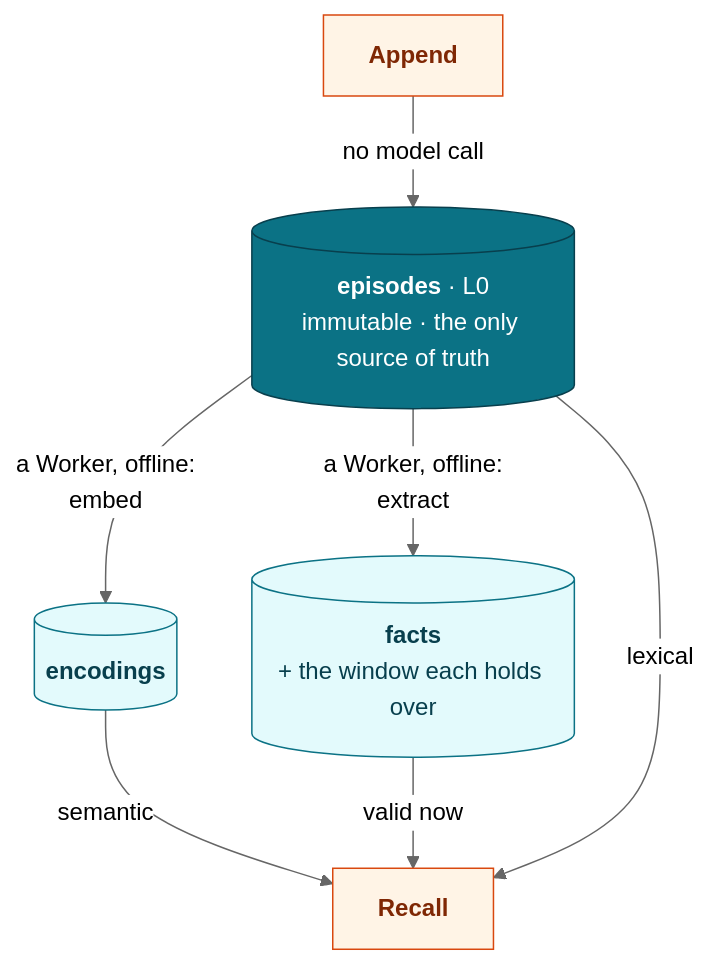
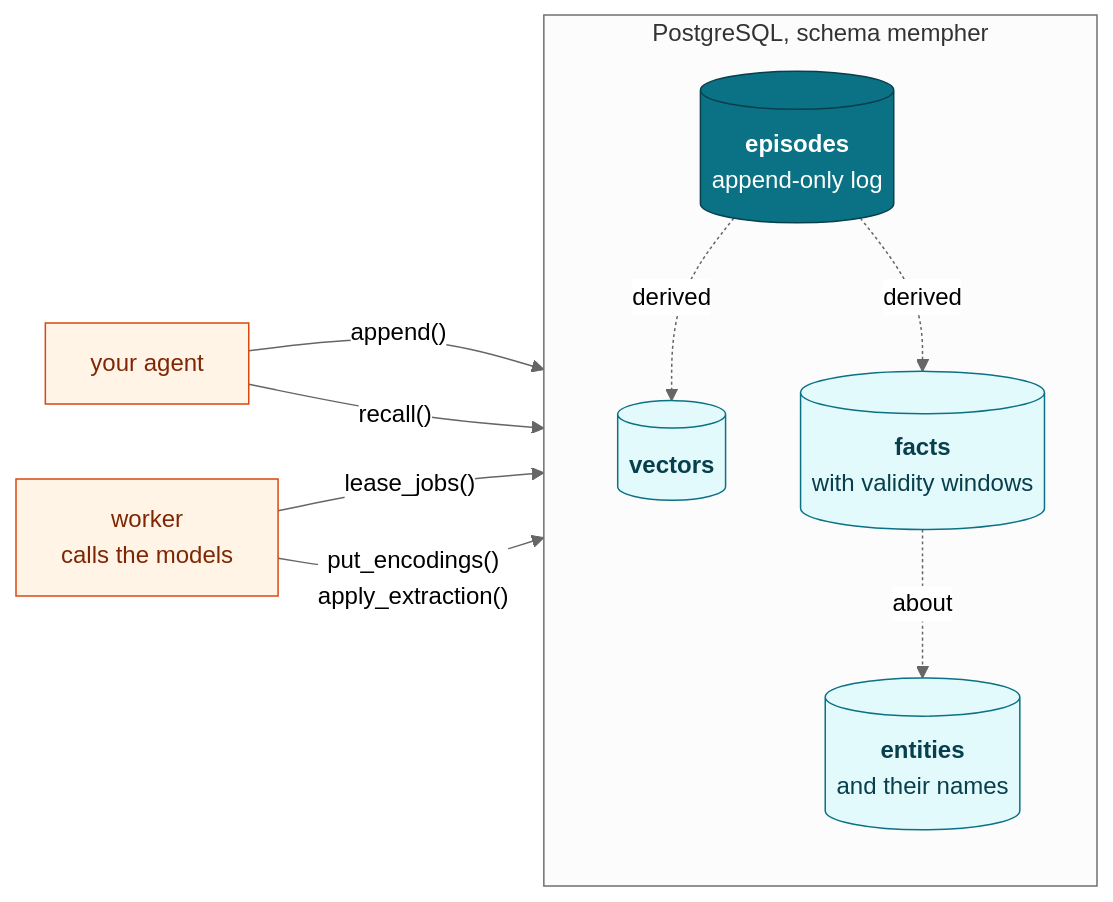
One commit to gojargo/mempher changed the first of 3 diagrams in README.md. Above: the diagram before and after it, drawn with Mermaid (neutral theme). The commit also changed other lines of this file and 6 other files, not shown here.

````diff
--- a/README.md
+++ b/README.md
@@ -36,22 +29,26 @@
 ```mermaid
-flowchart TB
-    APP["<b>Append</b>"]
-    EP[("<b>episodes</b> · L0<br/>immutable · the only source of truth")]
-    ENC[("<b>encodings</b>")]
-    FCT[("<b>facts</b><br/>+ the window each holds over")]
-    RC["<b>Recall</b>"]
-
-    APP -- "no model call" --> EP
-    EP -- "a Worker, offline:<br/>embed" --> ENC
-    EP -- "a Worker, offline:<br/>extract" --> FCT
-    ENC -- "semantic" --> RC
-    FCT -- "valid now" --> RC
-    EP -- "lexical" --> RC
+flowchart LR
+    APP["your agent"]
+    W["worker<br/>calls the models"]
+    subgraph PG["PostgreSQL, schema mempher"]
+        direction TB
+        EP[("<b>episodes</b><br/>append-only log")]
+        ENC[("<b>vectors</b>")]
+        F[("<b>facts</b><br/>with validity windows")]
+        EN[("<b>entities</b><br/>and their names")]
+        EP -. derived .-> ENC
+        EP -. derived .-> F
+        F -. about .-> EN
+    end
+    APP -- "append()" --> EP
+    APP -- "recall()" --> PG
+    W -- "lease_jobs()" --> PG
+    W -- "put_encodings()<br/>apply_extraction()" --> PG
 
     classDef truth fill:#0b7285,stroke:#083f4d,color:#ffffff
     classDef proj fill:#e3fafc,stroke:#0b7285,color:#083f4d
     classDef act fill:#fff4e6,stroke:#d9480f,color:#7f2704
     class EP truth
-    class ENC,FCT proj
-    class APP,RC act
+    class ENC,F,EN proj
+    class APP,W act
 ```
````
